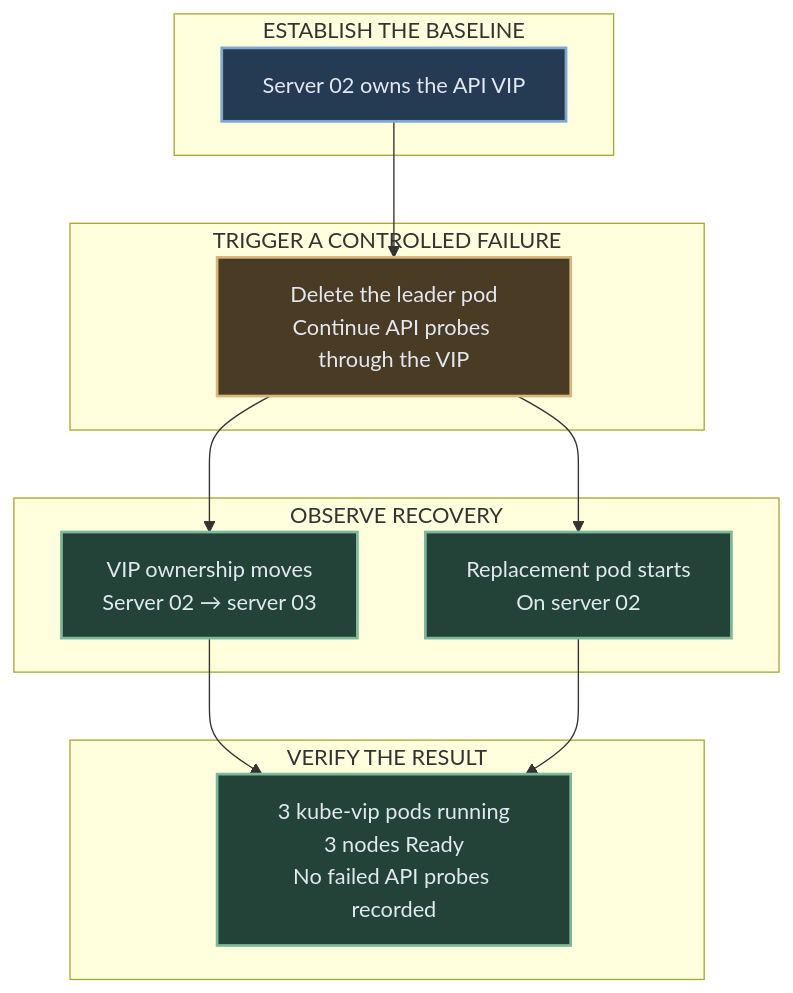
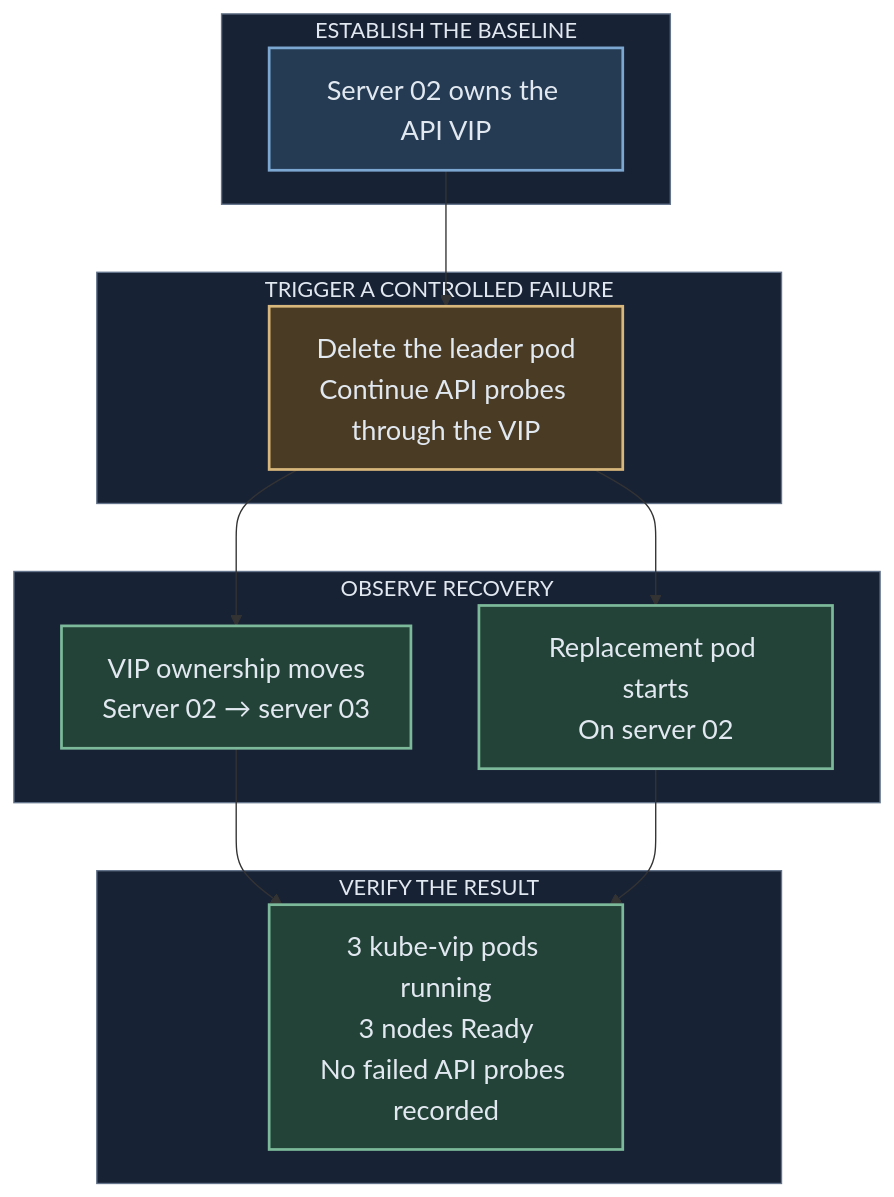
Before and after one commit to Capasiter/homelab-portfolio: the second of 3 diagrams in README.md, drawn with Mermaid. The commit also changed other lines of this file, not shown here.

First line of the commit message:
Keep architecture and supporting details always visible (#51)

````diff
--- a/README.md
+++ b/README.md
@@ -137,29 +139,33 @@
 ```mermaid
 flowchart TB
     subgraph Baseline["ESTABLISH THE BASELINE"]
         Before["Server 02 owns the API VIP"]
     end
     subgraph Exercise["TRIGGER A CONTROLLED FAILURE"]
         Action["Delete the leader pod<br/>Continue API probes through the VIP"]
     end
     subgraph Handoff["OBSERVE RECOVERY"]
         Move["VIP ownership moves<br/>Server 02 → server 03"]
         Replace["Replacement pod starts<br/>On server 02"]
     end
     subgraph Result["VERIFY THE RESULT"]
         Healthy["3 kube-vip pods running<br/>3 nodes Ready<br/>No failed API probes recorded"]
     end
     Before --> Action
     Action --> Move
     Action --> Replace
     Move --> Healthy
     Replace --> Healthy
-    classDef blue fill:#243b53,stroke:#7ba7d1,color:#e2e8f0,stroke-width:2px
-    classDef green fill:#234338,stroke:#7cb99a,color:#e2e8f0,stroke-width:2px
-    classDef purple fill:#39304d,stroke:#b49bd4,color:#e2e8f0,stroke-width:2px
-    classDef gray fill:#293241,stroke:#a9b8c8,color:#e2e8f0,stroke-width:2px
-    classDef amber fill:#4a3b24,stroke:#d7b77b,color:#e2e8f0,stroke-width:2px
+    classDef blue fill:#243b53,stroke:#7ba7d1,color:#e2e8f0,stroke-width:2px,font-size:20px
+    classDef green fill:#234338,stroke:#7cb99a,color:#e2e8f0,stroke-width:2px,font-size:20px
+    classDef purple fill:#39304d,stroke:#b49bd4,color:#e2e8f0,stroke-width:2px,font-size:20px
+    classDef gray fill:#293241,stroke:#a9b8c8,color:#e2e8f0,stroke-width:2px,font-size:20px
+    classDef amber fill:#4a3b24,stroke:#d7b77b,color:#e2e8f0,stroke-width:2px,font-size:20px
     class Before blue
     class Action amber
     class Move,Replace,Healthy green
+    style Baseline fill:#182235,stroke:#64748b,color:#e2e8f0
+    style Exercise fill:#182235,stroke:#64748b,color:#e2e8f0
+    style Handoff fill:#182235,stroke:#64748b,color:#e2e8f0
+    style Result fill:#182235,stroke:#64748b,color:#e2e8f0
 ```
````
